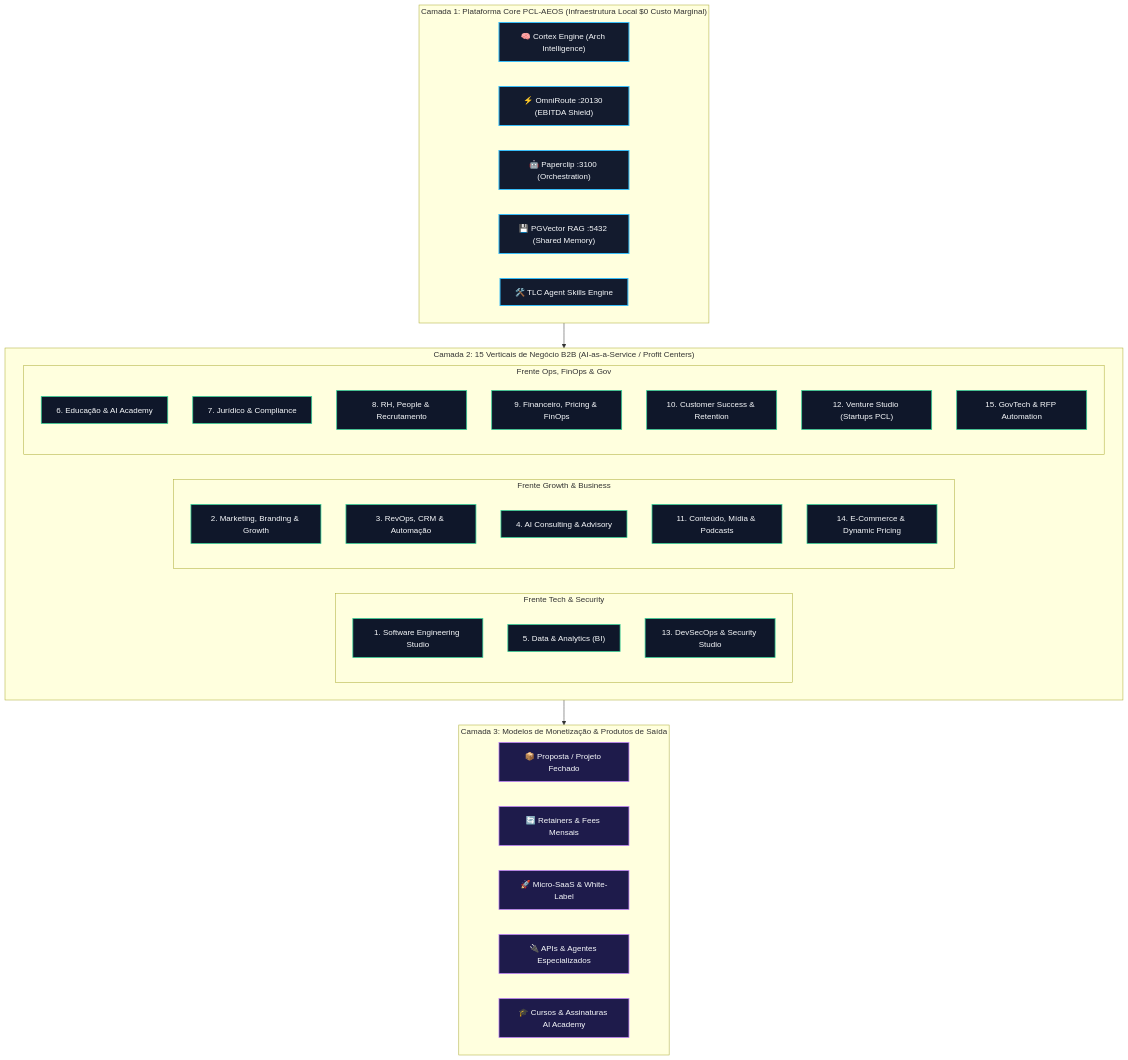
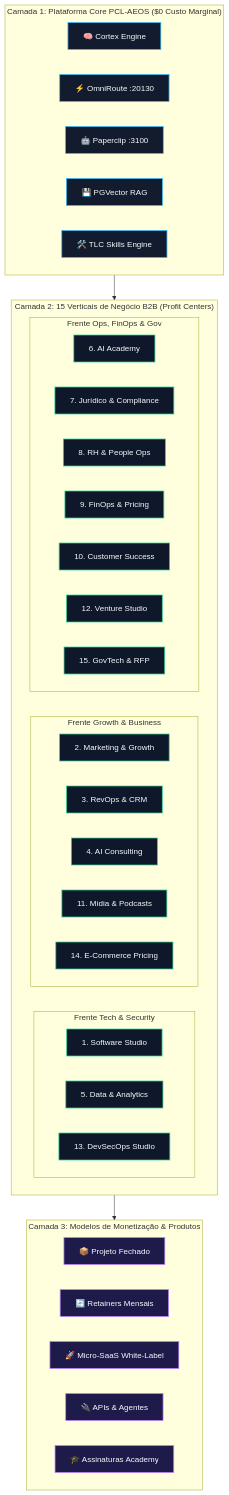
One commit to EnterDufter/PromptCoreLabs_AEOS changed the third of 5 diagrams in governance/operating-model.md. Above: the diagram before and after it, drawn with Mermaid. The commit also changed other lines of this file and 1 other file, not shown here.

Commit message:
fix(print-pdf): converte Fluxo Operacional para layout horizontal LR e ajusta max-height de SVGs no CSS de impressão para eliminar páginas em branco

````diff
--- a/governance/operating-model.md
+++ b/governance/operating-model.md
@@ -78,51 +78,54 @@
 ```mermaid
 graph TD
-    classDef platform fill:#131b2e,stroke:#38bdf8,stroke-width:2px,color:#f8fafc;
+    classDef platform fill:#131b2e,stroke:#38bdf8,stroke-width:1.5px,color:#f8fafc;
     classDef verticals fill:#0f172a,stroke:#34d399,stroke-width:1.5px,color:#f8fafc;
     classDef products fill:#1e1b4b,stroke:#c084fc,stroke-width:1.5px,color:#f8fafc;
 
-    subgraph Layer1["Camada 1: Plataforma Core PCL-AEOS (Infraestrutura Local $0 Custo Marginal)"]
+    subgraph Layer1["Camada 1: Plataforma Core PCL-AEOS ($0 Custo Marginal)"]
         direction LR
-        Cortex["🧠 Cortex Engine (Arch Intelligence)"]:::platform
-        OmniRoute["⚡ OmniRoute :20130 (EBITDA Shield)"]:::platform
-        Paperclip["🤖 Paperclip :3100 (Orchestration)"]:::platform
-        RAG["💾 PGVector RAG :5432 (Shared Memory)"]:::platform
-        TLCSkills["🛠️ TLC Agent Skills Engine"]:::platform
+        Cortex["🧠 Cortex Engine"]:::platform
+        OmniRoute["⚡ OmniRoute :20130"]:::platform
+        Paperclip["🤖 Paperclip :3100"]:::platform
+        RAG["💾 PGVector RAG"]:::platform
+        TLCSkills["🛠️ TLC Skills Engine"]:::platform
     end
 
-    subgraph Layer2["Camada 2: 15 Verticais de Negócio B2B (AI-as-a-Service / Profit Centers)"]
+    subgraph Layer2["Camada 2: 15 Verticais de Negócio B2B (Profit Centers)"]
         subgraph GroupTech["Frente Tech & Security"]
-            V1["1. Software Engineering Studio"]:::verticals
-            V5["5. Data & Analytics (BI)"]:::verticals
-            V13["13. DevSecOps & Security Studio"]:::verticals
+            direction LR
+            V1["1. Software Studio"]:::verticals
+            V5["5. Data & Analytics"]:::verticals
+            V13["13. DevSecOps Studio"]:::verticals
         end
         subgraph GroupBiz["Frente Growth & Business"]
-            V2["2. Marketing, Branding & Growth"]:::verticals
-            V3["3. RevOps, CRM & Automação"]:::verticals
-            V4["4. AI Consulting & Advisory"]:::verticals
-            V11["11. Conteúdo, Mídia & Podcasts"]:::verticals
-            V14["14. E-Commerce & Dynamic Pricing"]:::verticals
+            direction LR
+            V2["2. Marketing & Growth"]:::verticals
+            V3["3. RevOps & CRM"]:::verticals
+            V4["4. AI Consulting"]:::verticals
+            V11["11. Mídia & Podcasts"]:::verticals
+            V14["14. E-Commerce Pricing"]:::verticals
         end
         subgraph GroupOps["Frente Ops, FinOps & Gov"]
-            V6["6. Educação & AI Academy"]:::verticals
+            direction LR
+            V6["6. AI Academy"]:::verticals
             V7["7. Jurídico & Compliance"]:::verticals
-            V8["8. RH, People & Recrutamento"]:::verticals
-            V9["9. Financeiro, Pricing & FinOps"]:::verticals
-            V10["10. Customer Success & Retention"]:::verticals
-            V12["12. Venture Studio (Startups PCL)"]:::verticals
-            V15["15. GovTech & RFP Automation"]:::verticals
+            V8["8. RH & People Ops"]:::verticals
+            V9["9. FinOps & Pricing"]:::verticals
+            V10["10. Customer Success"]:::verticals
+            V12["12. Venture Studio"]:::verticals
+            V15["15. GovTech & RFP"]:::verticals
         end
     end
 
-    subgraph Layer3["Camada 3: Modelos de Monetização & Produtos de Saída"]
+    subgraph Layer3["Camada 3: Modelos de Monetização & Produtos"]
         direction LR
-        P1["📦 Proposta / Projeto Fechado"]:::products
-        P2["🔄 Retainers & Fees Mensais"]:::products
-        P3["🚀 Micro-SaaS & White-Label"]:::products
-        P4["🔌 APIs & Agentes Especializados"]:::products
-        P5["🎓 Cursos & Assinaturas AI Academy"]:::products
+        P1["📦 Projeto Fechado"]:::products
+        P2["🔄 Retainers Mensais"]:::products
+        P3["🚀 Micro-SaaS White-Label"]:::products
+        P4["🔌 APIs & Agentes"]:::products
+        P5["🎓 Assinaturas Academy"]:::products
     end
 
     Layer1 --> Layer2
     Layer2 --> Layer3
 ```
````
